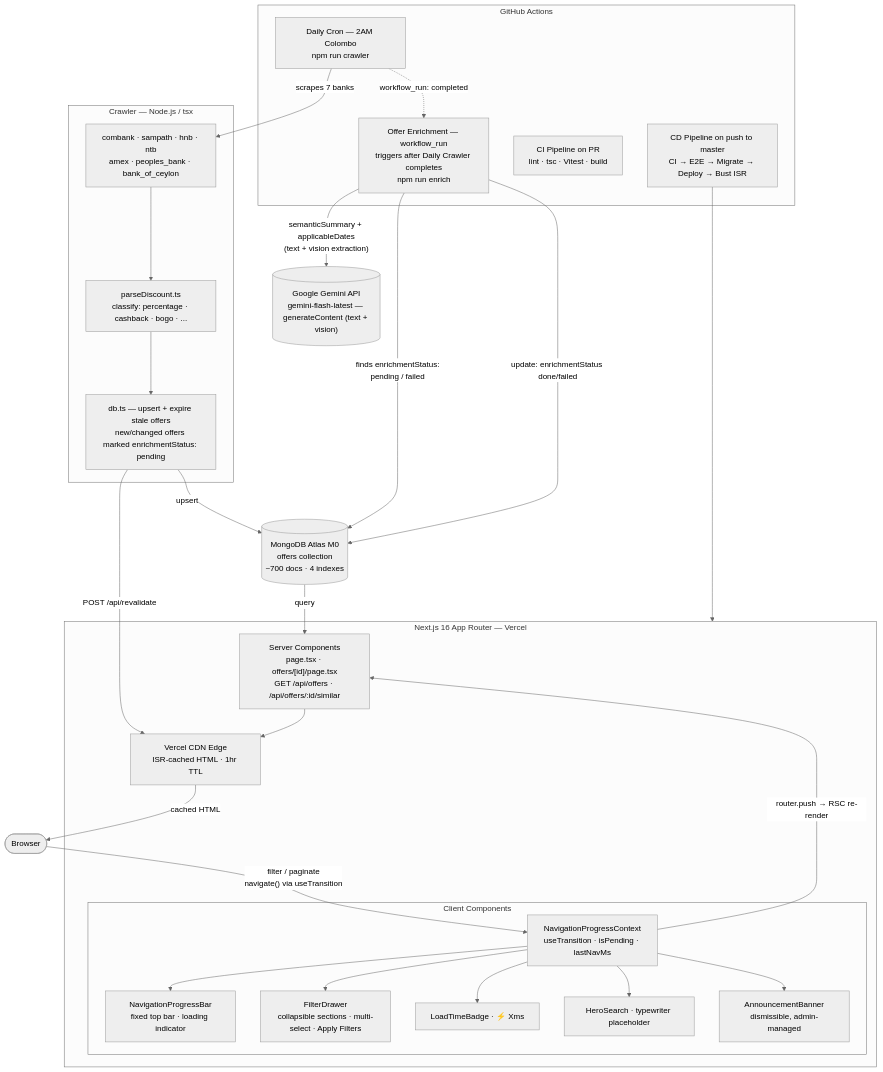
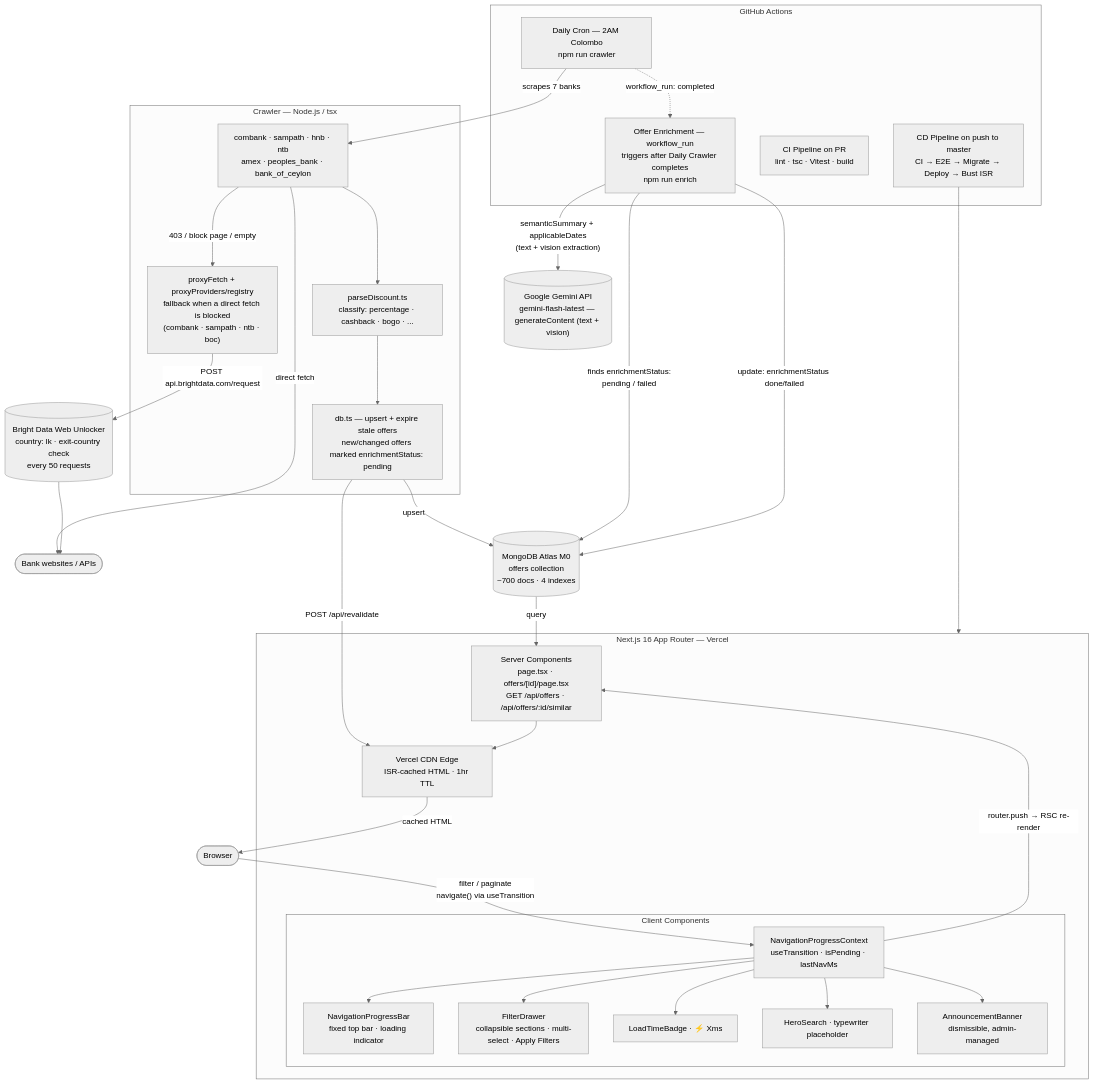
The first of 9 diagrams in README.md (chamirusenarath96/card-max), drawn with Mermaid (neutral theme) before and after one commit. The commit also changed other lines of this file and 1 other file, not shown here.

First line of the commit message:
docs: crawler proxy architecture + roadmap items #187/#188/#190 (#189)

````diff
--- a/README.md
+++ b/README.md
@@ -57,47 +57,53 @@
 ```mermaid
 graph TD
     subgraph GHA["GitHub Actions"]
         CRON["Daily Cron — 2AM Colombo\nnpm run crawler"]
         ENRICH["Offer Enrichment — workflow_run\ntriggers after Daily Crawler completes\nnpm run enrich"]
         CI_PR["CI Pipeline on PR\nlint · tsc · Vitest · build"]
         CD["CD Pipeline on push to master\nCI → E2E → Migrate → Deploy → Bust ISR"]
     end
 
     subgraph CR["Crawler — Node.js / tsx"]
         BANKS["combank · sampath · hnb · ntb\namex · peoples_bank · bank_of_ceylon"]
+        PROXY["proxyFetch + proxyProviders/registry\nfallback when a direct fetch is blocked\n(combank · sampath · ntb · boc)"]
         PARSE["parseDiscount.ts\nclassify: percentage · cashback · bogo · ..."]
         DBU["db.ts — upsert + expire stale offers\nnew/changed offers marked enrichmentStatus: pending"]
     end
+
+    BD[("Bright Data Web Unlocker\ncountry: lk · exit-country check\nevery 50 requests")]
+    BANKSITES(["Bank websites / APIs"])
 
     GEMINI[("Google Gemini API\ngemini-flash-latest — generateContent (text + vision)")]
 
     DB[("MongoDB Atlas M0\noffers collection\n~700 docs · 4 indexes")]
 
     subgraph VR["Next.js 16 App Router — Vercel"]
         EDGE["Vercel CDN Edge\nISR-cached HTML · 1hr TTL"]
         SRV["Server Components\npage.tsx · offers/[id]/page.tsx\nGET /api/offers · /api/offers/:id/similar"]
         subgraph CLI["Client Components"]
             NPC["NavigationProgressContext\nuseTransition · isPending · lastNavMs"]
             NPB["NavigationProgressBar\nfixed top bar · loading indicator"]
             FD["FilterDrawer\ncollapsible sections · multi-select · Apply Filters"]
             LTB["LoadTimeBadge · ⚡ Xms"]
             HS["HeroSearch · typewriter placeholder"]
             AB["AnnouncementBanner\ndismissible, admin-managed"]
         end
     end
 
     BROWSER(["Browser"])
 
     CRON -->|"scrapes 7 banks"| BANKS
+    BANKS -->|"direct fetch"| BANKSITES
+    BANKS -->|"403 / block page / empty"| PROXY -->|"POST api.brightdata.com/request"| BD --> BANKSITES
     BANKS --> PARSE --> DBU -->|"upsert"| DB
     DBU -->|"POST /api/revalidate"| EDGE
     CRON -.->|"workflow_run: completed"| ENRICH
     ENRICH -->|"finds enrichmentStatus:\npending / failed"| DB
     ENRICH -->|"semanticSummary + applicableDates\n(text + vision extraction)"| GEMINI
     ENRICH -->|"update: enrichmentStatus done/failed"| DB
     DB -->|"query"| SRV --> EDGE -->|"cached HTML"| BROWSER
     CD --> VR
     BROWSER -->|"filter / paginate\nnavigate() via useTransition"| NPC
     NPC --> NPB & FD & LTB & HS & AB
     NPC -->|"router.push → RSC re-render"| SRV
 ```
````
